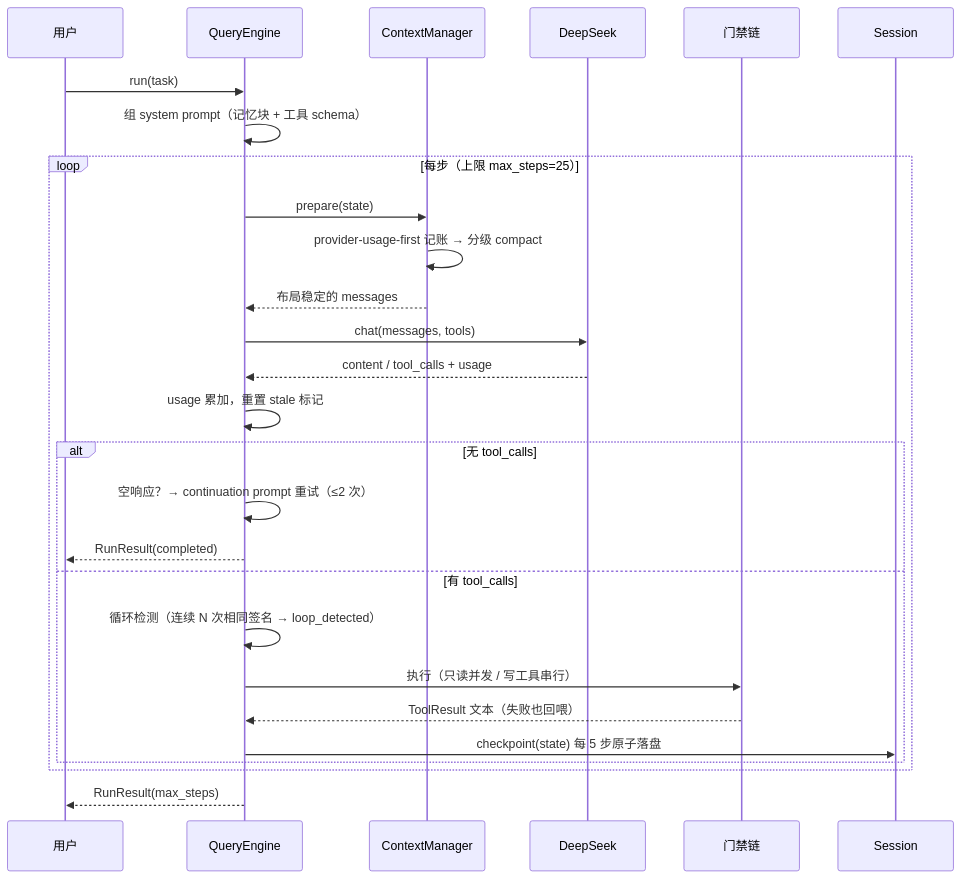
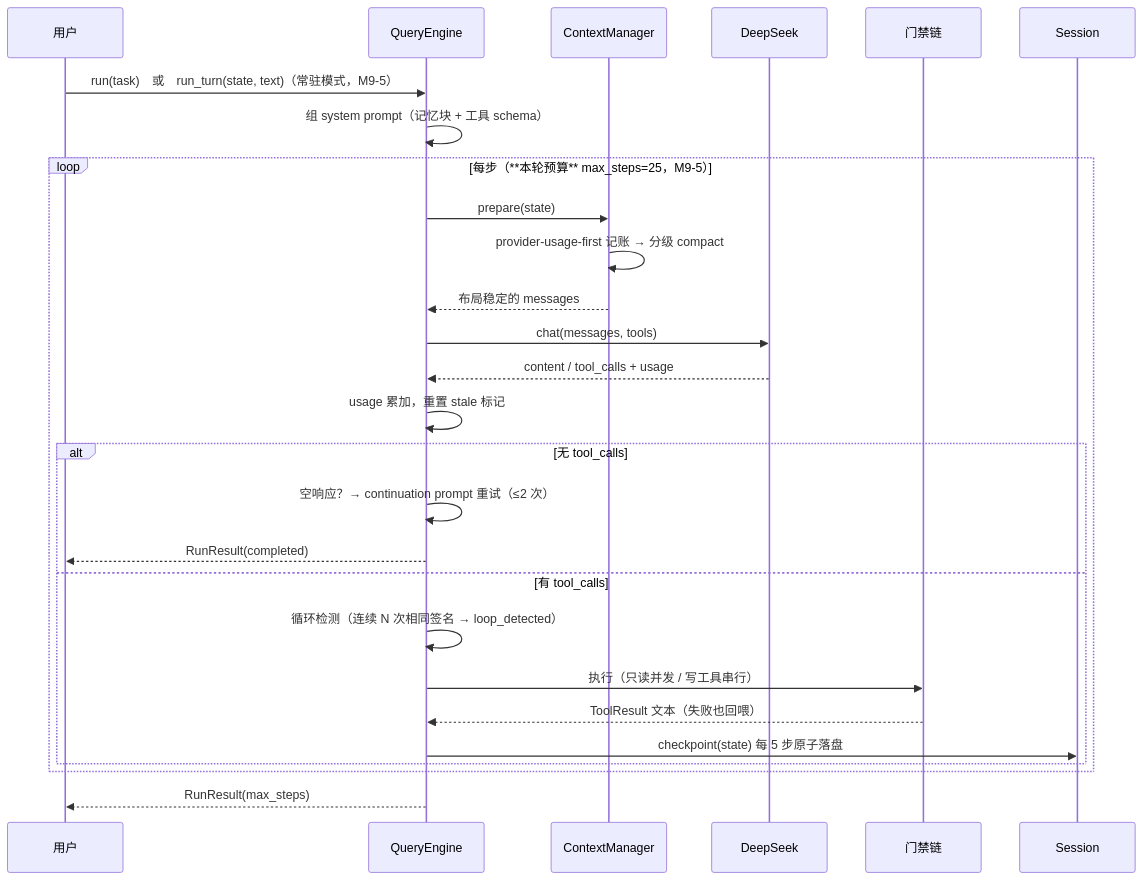
Before and after one commit to Goat-Donk/mini-coding: the second of 9 diagrams in docs/architecture.md, drawn with Mermaid. The commit also changed other lines of this file and 15 other files, not shown here.

````diff
--- a/docs/architecture.md
+++ b/docs/architecture.md
@@ -76,30 +78,30 @@
 ```mermaid
 sequenceDiagram
     participant U as 用户
     participant Q as QueryEngine
     participant C as ContextManager
     participant L as DeepSeek
     participant G as 门禁链
     participant S as Session
 
-    U->>Q: run(task)
+    U->>Q: run(task)　或　run_turn(state, text)（常驻模式，M9-5）
     Q->>Q: 组 system prompt（记忆块 + 工具 schema）
-    loop 每步（上限 max_steps=25）
+    loop 每步（**本轮预算** max_steps=25，M9-5）
         Q->>C: prepare(state)
         C->>C: provider-usage-first 记账 → 分级 compact
         C-->>Q: 布局稳定的 messages
         Q->>L: chat(messages, tools)
         L-->>Q: content / tool_calls + usage
         Q->>Q: usage 累加，重置 stale 标记
         alt 无 tool_calls
             Q->>Q: 空响应？→ continuation prompt 重试（≤2 次）
             Q-->>U: RunResult(completed)
         else 有 tool_calls
             Q->>Q: 循环检测（连续 N 次相同签名 → loop_detected）
             Q->>G: 执行（只读并发 / 写工具串行）
             G-->>Q: ToolResult 文本（失败也回喂）
             Q->>S: checkpoint(state) 每 5 步原子落盘
         end
     end
     Q-->>U: RunResult(max_steps)
 ```
````
